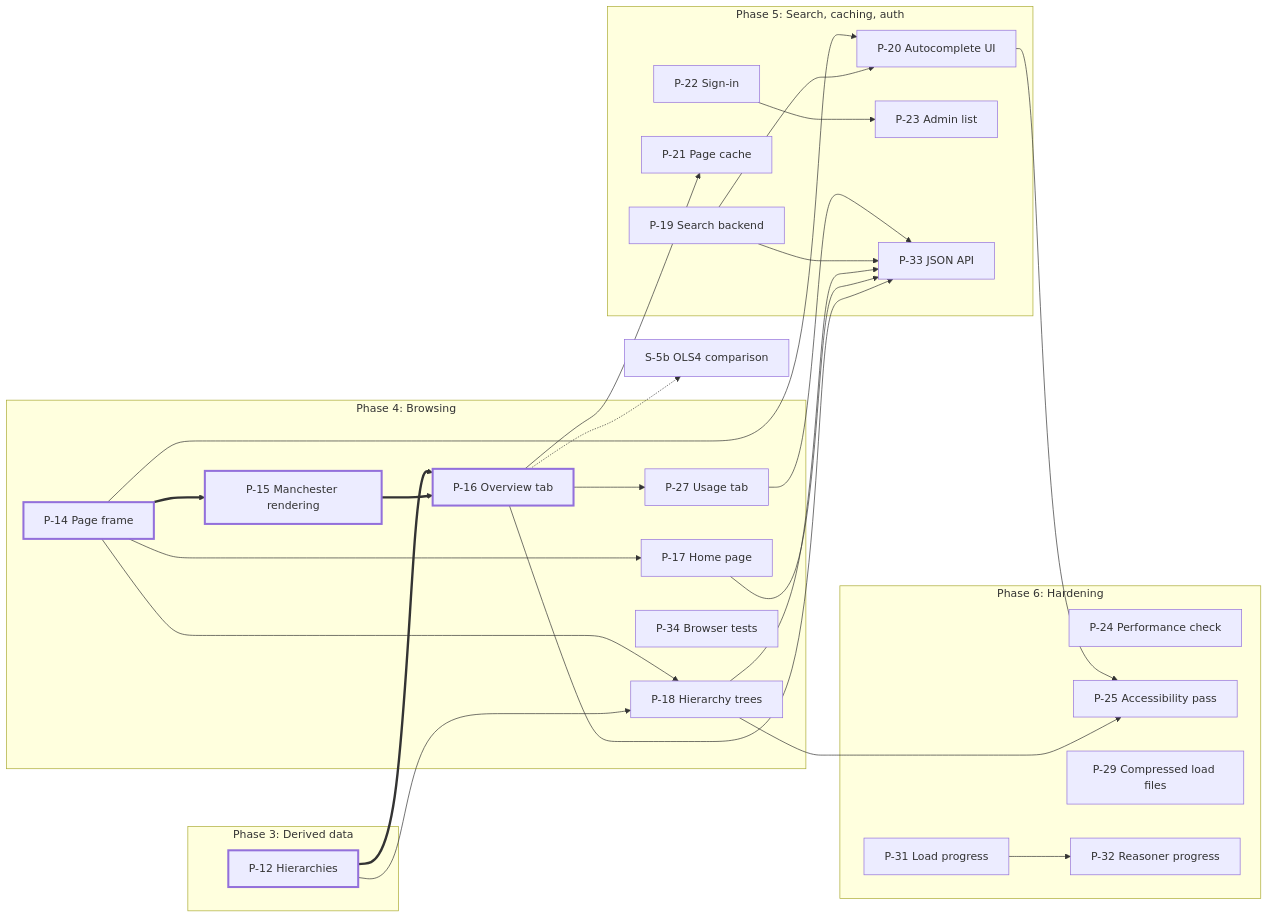
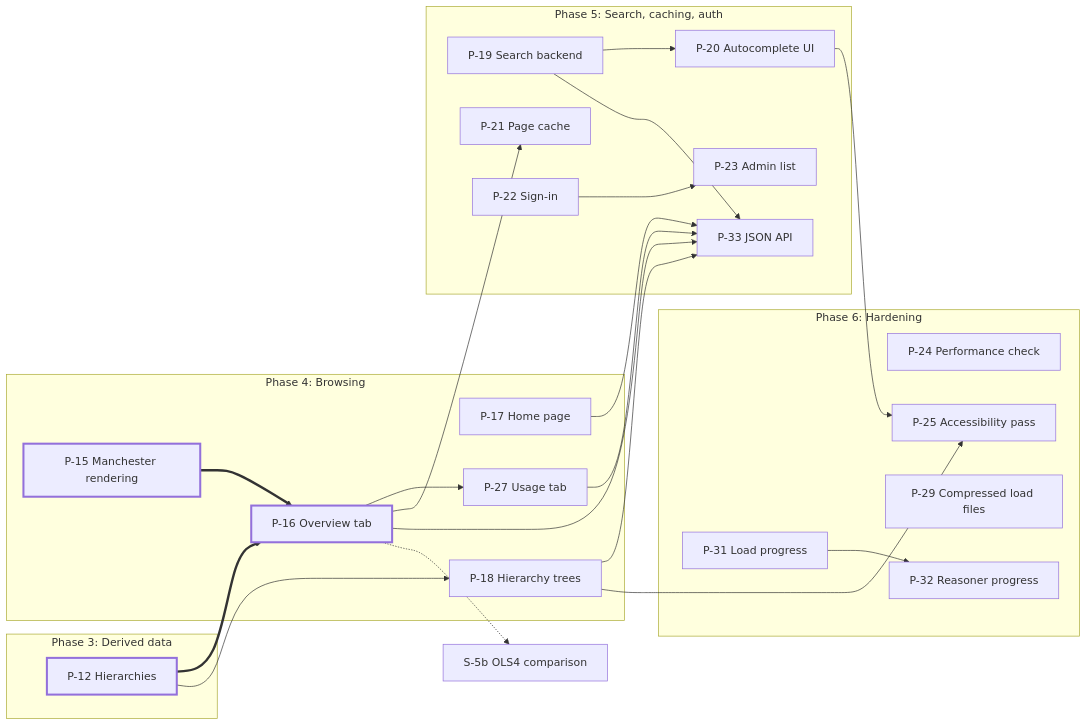
The diagram in docs/DESIGN.md (jclerman/browl), drawn with Mermaid before and after one commit. The commit also changed other lines of this file, not shown here.

Commit message:
DESIGN.md: P-14 and P-34 done; drop them from the remaining-work graph
P-14 is done once this PR closes its last sub-issue (#34). P-34's issue (#88) closed with #89, but its row still said
In progress.

````diff
--- a/docs/DESIGN.md
+++ b/docs/DESIGN.md
@@ -1093,49 +1093,44 @@
 ```mermaid
 flowchart LR
     subgraph P3["Phase 3: Derived data"]
         P12["P-12 Hierarchies"]
     end
     subgraph P4["Phase 4: Browsing"]
-        P14["P-14 Page frame"]
         P15["P-15 Manchester rendering"]
         P16["P-16 Overview tab"]
         P17["P-17 Home page"]
         P18["P-18 Hierarchy trees"]
         P27["P-27 Usage tab"]
-        P34["P-34 Browser tests"]
     end
     subgraph P5["Phase 5: Search, caching, auth"]
         P19["P-19 Search backend"]
         P20["P-20 Autocomplete UI"]
         P21["P-21 Page cache"]
         P22["P-22 Sign-in"]
         P23["P-23 Admin list"]
         P33["P-33 JSON API"]
     end
     subgraph P6["Phase 6: Hardening"]
         P24["P-24 Performance check"]
         P25["P-25 Accessibility pass"]
         P29["P-29 Compressed load files"]
         P31["P-31 Load progress"]
         P32["P-32 Reasoner progress"]
     end
     S5b["S-5b OLS4 comparison"]
 
-    P14 ==> P15 ==> P16
+    P15 ==> P16
     P12 ==> P16
-    P14 --> P17
     P12 --> P18
-    P14 --> P18
     P16 --> P27
     P16 --> P21
     P19 --> P20
-    P14 --> P20
     P16 & P17 & P18 & P19 & P27 --> P33
     P18 & P20 --> P25
     P22 --> P23
     P31 --> P32
     P16 -.-> S5b
 
     classDef critical stroke-width:3px
-    class P12,P14,P15,P16 critical
+    class P12,P15,P16 critical
 ```
````
